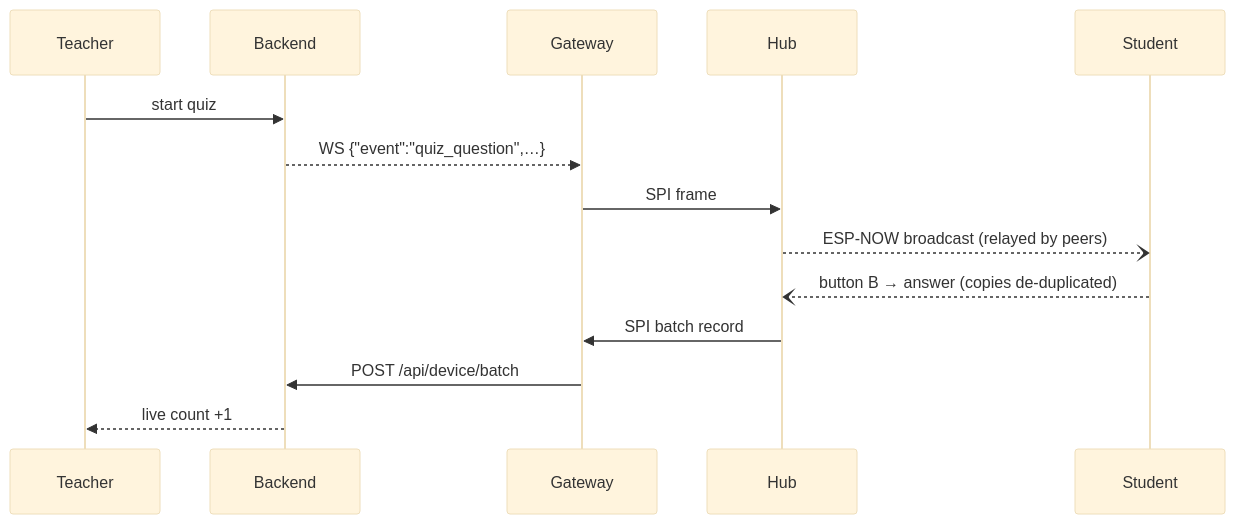
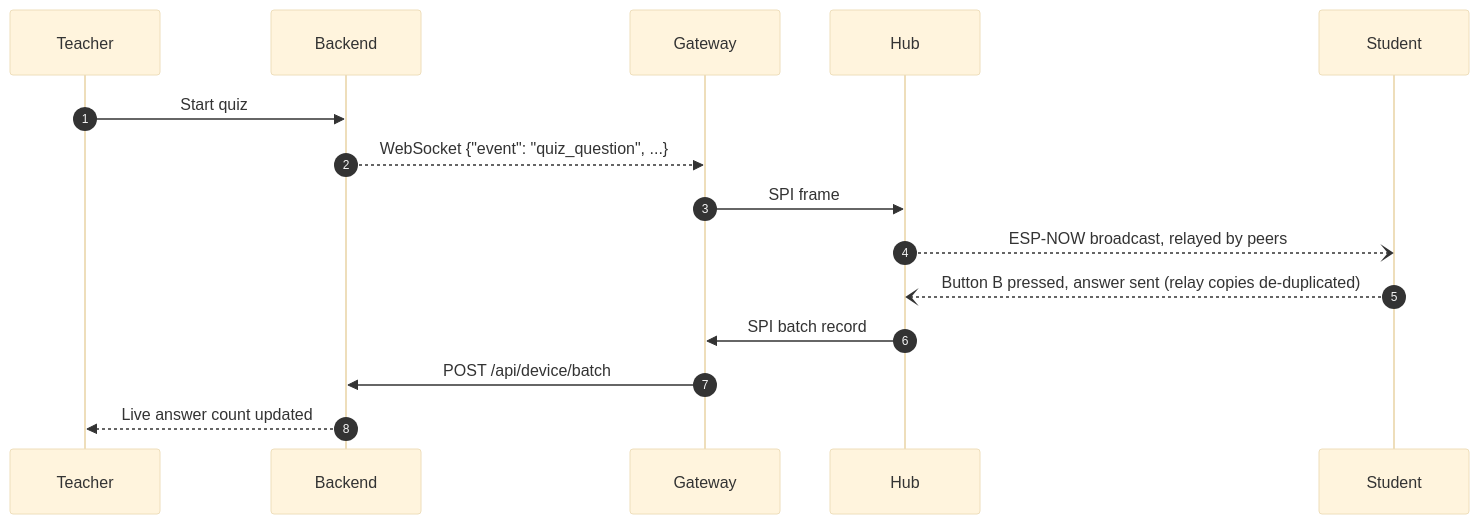
The second of 2 diagrams in README.md (Kush-Kelaiya22/imPress), drawn with Mermaid (base theme) before and after one commit. The commit also changed other lines of this file and 7 other files, not shown here.

````diff
--- a/README.md
+++ b/README.md
@@ -59,16 +88,17 @@
 ```mermaid
 sequenceDiagram
+    autonumber
     participant T as Teacher
     participant BE as Backend
     participant C6 as Gateway
     participant S3 as Hub
     participant ST as Student
-    T->>BE: start quiz
-    BE-->>C6: WS {"event":"quiz_question",…}
+    T->>BE: Start quiz
+    BE-->>C6: WebSocket {"event": "quiz_question", ...}
     C6->>S3: SPI frame
-    S3--)ST: ESP-NOW broadcast (relayed by peers)
-    ST--)S3: button B → answer (copies de-duplicated)
+    S3--)ST: ESP-NOW broadcast, relayed by peers
+    ST--)S3: Button B pressed, answer sent (relay copies de-duplicated)
     S3->>C6: SPI batch record
     C6->>BE: POST /api/device/batch
-    BE-->>T: live count +1
+    BE-->>T: Live answer count updated
 ```
````
